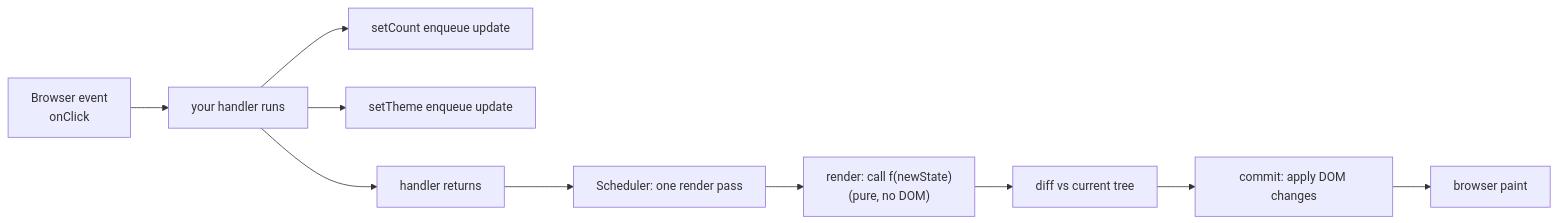
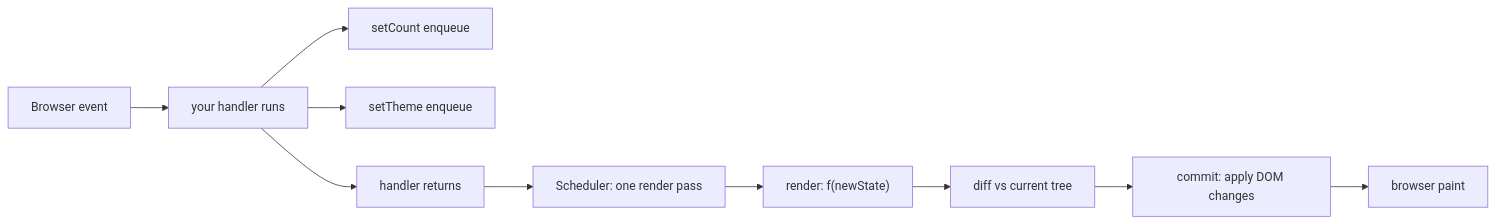
The first of 2 diagrams in packages/content/content/03-react-rendering.mdx (ashishxcode/frontend-internals), drawn with Mermaid before and after one commit. The commit also changed other lines of this file and 34 other files, not shown here.

````diff
--- a/packages/content/content/03-react-rendering.mdx
+++ b/packages/content/content/03-react-rendering.mdx
@@ -90,12 +31,12 @@
 ```mermaid
 flowchart LR
-  E[Browser event<br/>onClick] --> H[your handler runs]
-  H --> S1[setCount enqueue update]
-  H --> S2[setTheme enqueue update]
+  E[Browser event] --> H[your handler runs]
+  H --> S1[setCount enqueue]
+  H --> S2[setTheme enqueue]
   H --> X[handler returns]
   X --> SCH[Scheduler: one render pass]
-  SCH --> R["render: call f(newState)<br/>(pure, no DOM)"]
+  SCH --> R["render: f(newState)"]
   R --> D[diff vs current tree]
   D --> C[commit: apply DOM changes]
   C --> P[browser paint]
 ```
````
